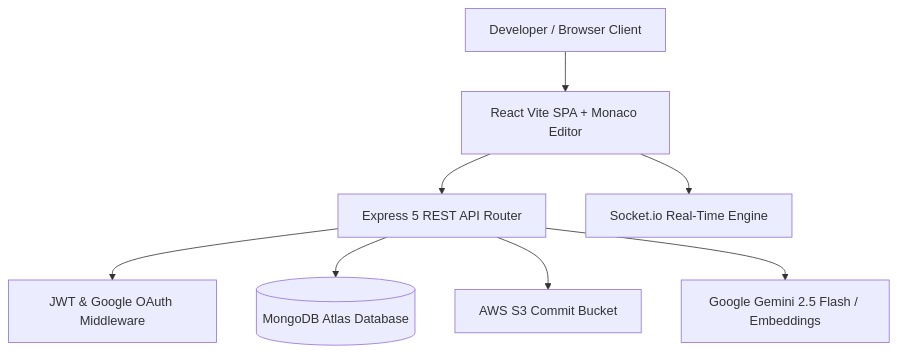
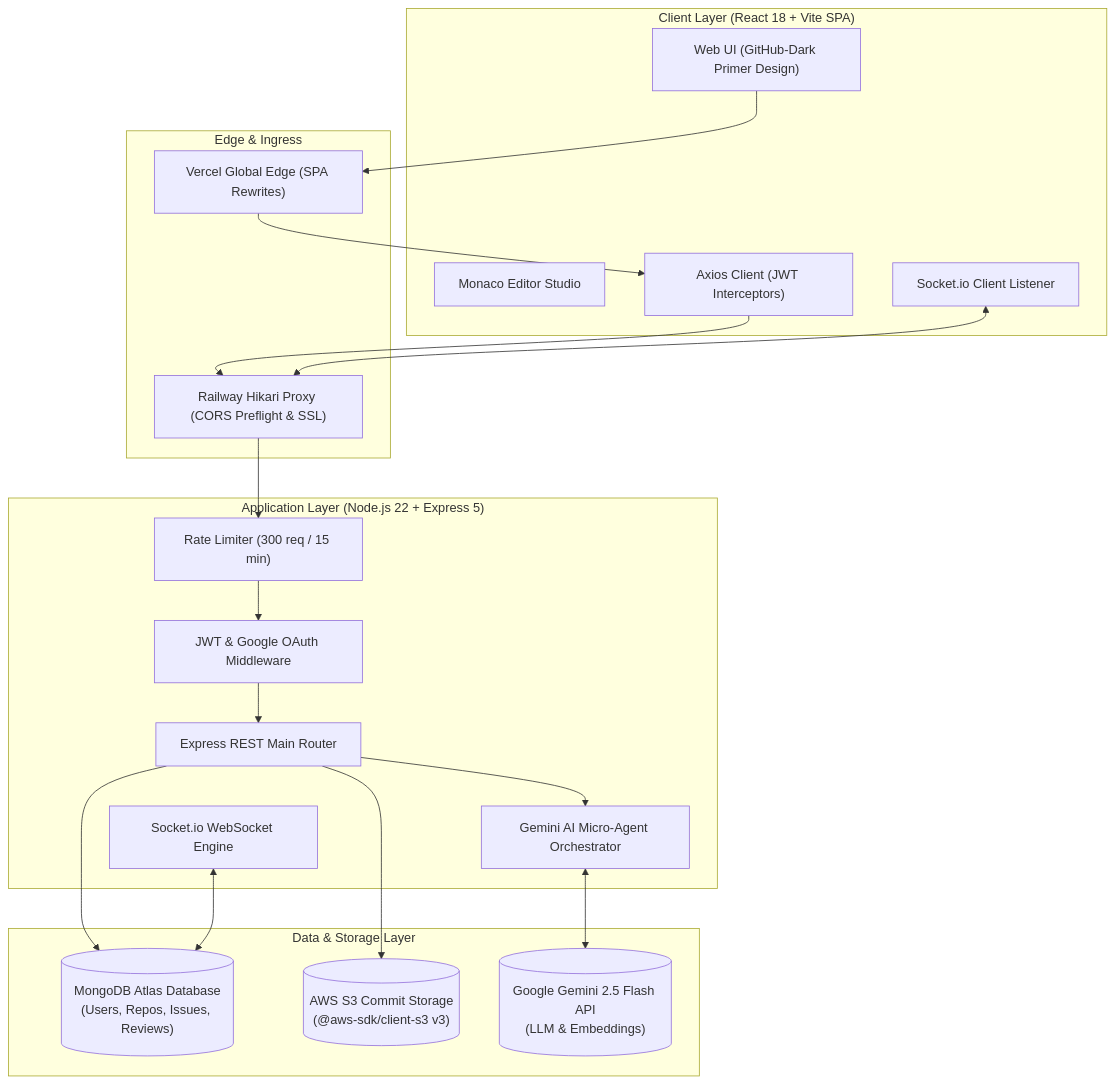
The diagram in README.md (kiran-p-16/ForjeX), drawn with Mermaid before and after one commit. The commit also changed other lines of this file, not shown here.

Commit message:
docs(readme): Upgrade README.md with comprehensive QE testing rigor, STLC, architecture, defect lifecycle, and live deployment showcase

````diff
--- a/README.md
+++ b/README.md
@@ -57,10 +50,41 @@
 ```mermaid
-graph TD
-  User[Developer / Browser Client] --> React[React Vite SPA + Monaco Editor]
-  React --> Router[Express 5 REST API Router]
-  React --> Socket[Socket.io Real-Time Engine]
-  Router --> Auth[JWT & Google OAuth Middleware]
-  Router --> Mongoose[(MongoDB Atlas Database)]
-  Router --> S3[AWS S3 Commit Bucket]
-  Router --> Gemini[Google Gemini 2.5 Flash / Embeddings]
+graph TB
+    subgraph Client ["Client Layer (React 18 + Vite SPA)"]
+        UI["Web UI (GitHub-Dark Primer Design)"]
+        Monaco["Monaco Editor Studio"]
+        SocketClient["Socket.io Client Listener"]
+        AxiosClient["Axios Client (JWT Interceptors)"]
+    end
+
+    subgraph Edge ["Edge & Ingress"]
+        VercelEdge["Vercel Global Edge (SPA Rewrites)"]
+        RailwayProxy["Railway Hikari Proxy (CORS Preflight & SSL)"]
+    end
+
+    subgraph Backend ["Application Layer (Node.js 22 + Express 5)"]
+        RateLimit["Rate Limiter (300 req / 15 min)"]
+        AuthMid["JWT & Google OAuth Middleware"]
+        MainRouter["Express REST Main Router"]
+        SocketServer["Socket.io WebSocket Engine"]
+        AIEngine["Gemini AI Micro-Agent Orchestrator"]
+    end
+
+    subgraph Data ["Data & Storage Layer"]
+        MongoAtlas[("MongoDB Atlas Database\n(Users, Repos, Issues, Reviews)")]
+        S3Bucket[("AWS S3 Commit Storage\n(@aws-sdk/client-s3 v3)")]
+        GoogleAI[("Google Gemini 2.5 Flash API\n(LLM & Embeddings)")]
+    end
+
+    UI --> VercelEdge
+    VercelEdge --> AxiosClient
+    AxiosClient --> RailwayProxy
+    SocketClient <--> RailwayProxy
+    RailwayProxy --> RateLimit
+    RateLimit --> AuthMid
+    AuthMid --> MainRouter
+    MainRouter --> MongoAtlas
+    MainRouter --> S3Bucket
+    MainRouter --> AIEngine
+    SocketServer <--> MongoAtlas
+    AIEngine <--> GoogleAI
 ```
````
